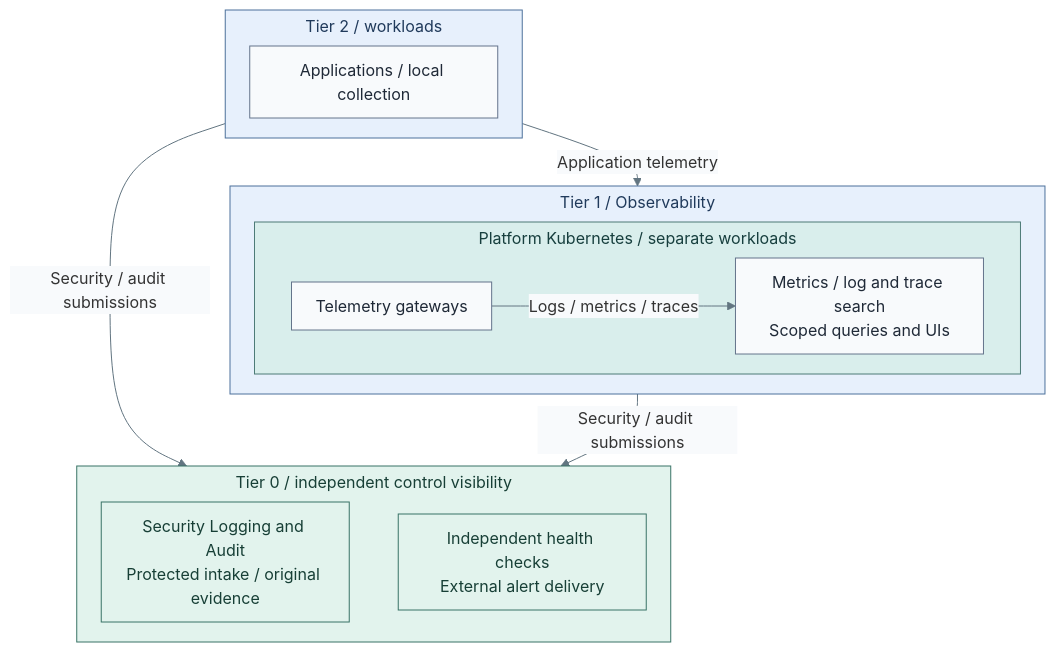
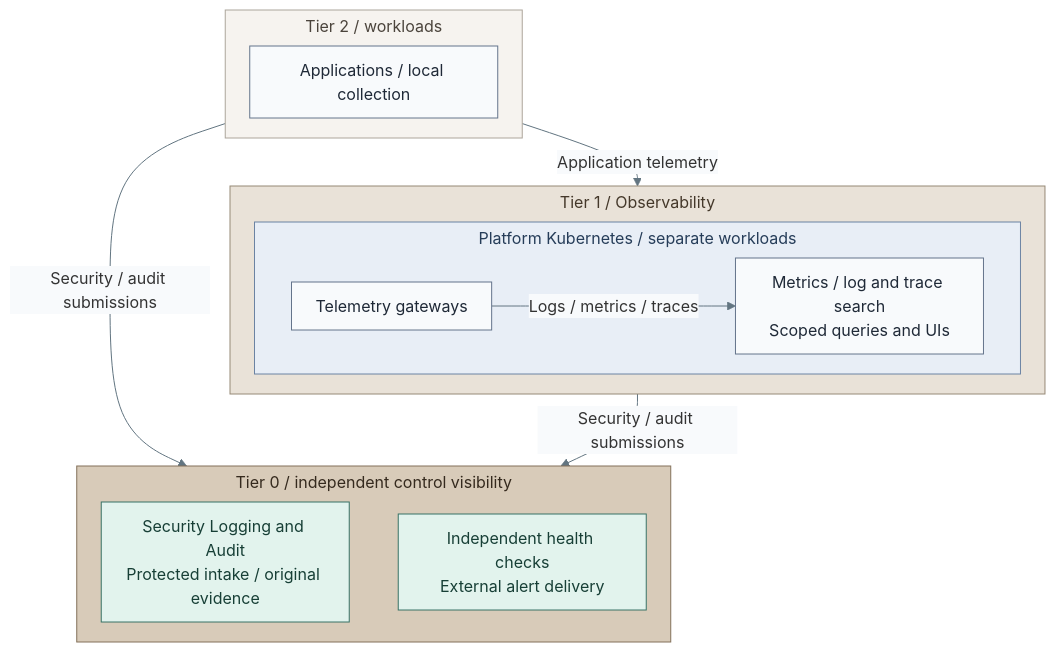
One commit to Rexus/homelab changed the diagram in docs/01-architecture/11-operations/README.md. Above: the diagram before and after it, drawn with Mermaid. The commit also changed 108 other files, not shown here.

Commit message:
docs(diagrams): unify visual language and opening views

````diff
--- a/docs/01-architecture/11-operations/README.md
+++ b/docs/01-architecture/11-operations/README.md
@@ -27,31 +27,37 @@
 ```mermaid
 %%{init: {"theme":"base","flowchart":{"nodeSpacing":20,"rankSpacing":24,"padding":12,"subGraphTitleMargin":{"top":4,"bottom":12}},"themeVariables":{"lineColor":"#627581","edgeLabelBackground":"#f8fafc"}}}%%
 flowchart TB
   subgraph T2["Tier 2 / workloads"]
     Producers["Applications / local collection"]
   end
   subgraph T1["Tier 1 / Observability"]
     subgraph Cluster["Platform Kubernetes / separate workloads"]
       direction LR
       Collection["Telemetry gateways"]
       Backends["Metrics / log and trace search<br/>Scoped queries and UIs"]
       Collection -->|Logs / metrics / traces| Backends
     end
   end
   subgraph T0["Tier 0 / independent control visibility"]
     direction LR
     Evidence["Security Logging and Audit<br/>Protected intake / original evidence"]
     Health["Independent health checks<br/>External alert delivery"]
     Evidence ~~~ Health
   end
   T2 -->|Application telemetry| T1
   T2 -->|Security / audit submissions| T0
   T1 -->|Security / audit submissions| T0
   classDef default fill:#f8fafc,stroke:#64748b,color:#1f2937
   classDef services fill:#e7f0fc,stroke:#4d719b,color:#203a5b
   classDef runtime fill:#d9eeec,stroke:#4d7b77,color:#173f3e
   classDef control fill:#e2f3ed,stroke:#397366,color:#173f36
-  class T2,T1 services
-  class Cluster runtime
-  class T0,Evidence,Health control
+  class Evidence,Health control
+  classDef kubernetes fill:#e8eef6,stroke:#6b83a3,color:#263d59
+  class Cluster kubernetes
+  classDef tier0 fill:#d8cbb9,stroke:#83715a,color:#352a1e
+  class T0 tier0
+  classDef tier1 fill:#e9e2d8,stroke:#968976,color:#44382a
+  class T1 tier1
+  classDef tier2 fill:#f6f3ef,stroke:#aca59b,color:#4b443c
+  class T2 tier2
 ```
````
